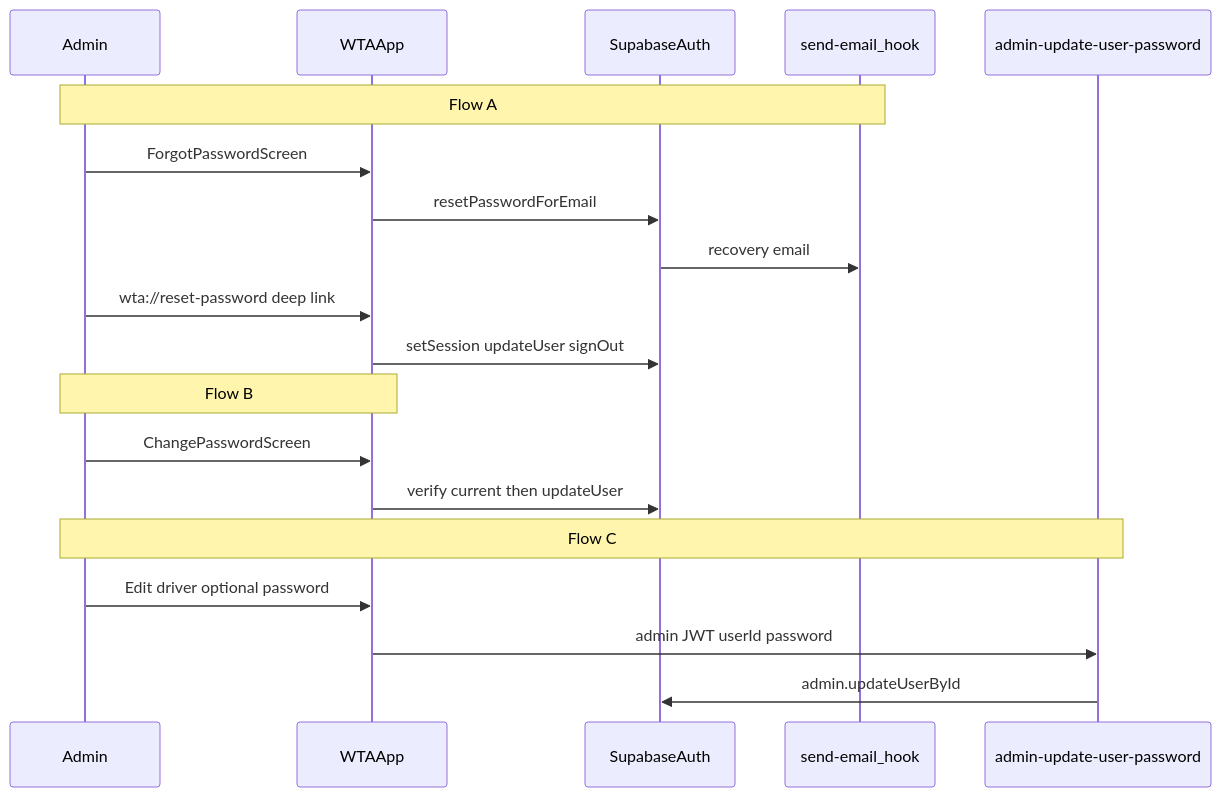
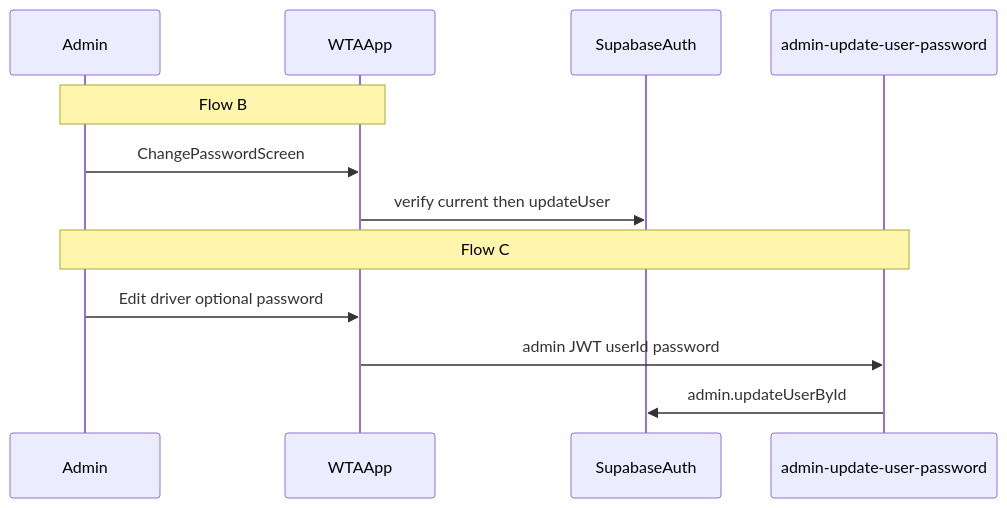
One commit to ShubhamRRana/WaterTankerAppv1 changed the second of 2 diagrams in docs/WTA_ADMIN_PASSWORD_RESET.md. Above: the diagram before and after it, drawn with Mermaid. The commit also changed other lines of this file and 9 other files, not shown here.

Commit message:
UI change for admin login and reset screen

````diff
--- a/docs/WTA_ADMIN_PASSWORD_RESET.md
+++ b/docs/WTA_ADMIN_PASSWORD_RESET.md
@@ -30,24 +64,16 @@
 ```mermaid
 sequenceDiagram
   participant Admin
   participant WTAApp
   participant SupabaseAuth
-  participant SendEmail as send-email_hook
   participant EdgeFn as admin-update-user-password
-
-  Note over Admin,SendEmail: Flow A
-  Admin->>WTAApp: ForgotPasswordScreen
-  WTAApp->>SupabaseAuth: resetPasswordForEmail
-  SupabaseAuth->>SendEmail: recovery email
-  Admin->>WTAApp: wta://reset-password deep link
-  WTAApp->>SupabaseAuth: setSession updateUser signOut
 
   Note over Admin,WTAApp: Flow B
   Admin->>WTAApp: ChangePasswordScreen
   WTAApp->>SupabaseAuth: verify current then updateUser
 
   Note over Admin,EdgeFn: Flow C
   Admin->>WTAApp: Edit driver optional password
   WTAApp->>EdgeFn: admin JWT userId password
   EdgeFn->>SupabaseAuth: admin.updateUserById
 ```
````
